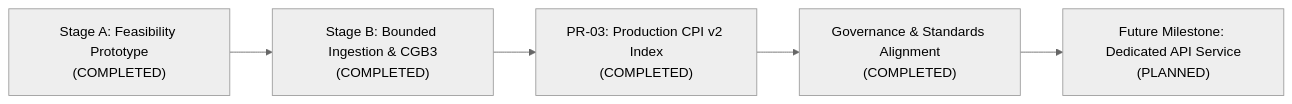
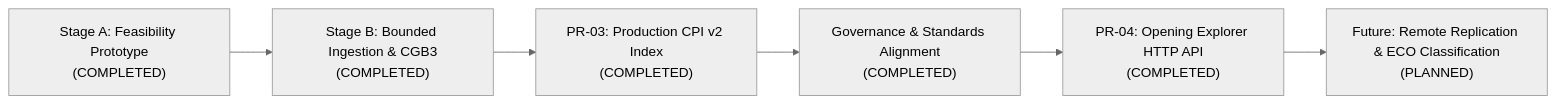
Before and after one commit to Nerver-zip/chess-database-api: the diagram in docs/ROADMAP.md, drawn with Mermaid (neutral theme). The commit also changed other lines of this file and 37 other files, not shown here.

First line of the commit message:
feat(api): Production-Ready Opening Explorer Read-Only HTTP API Service (PR-04) (#5)

````diff
--- a/docs/ROADMAP.md
+++ b/docs/ROADMAP.md
@@ -15,7 +15,8 @@
 ```mermaid
 flowchart LR
     M1["Stage A: Feasibility Prototype<br/>(COMPLETED)"] --> M2["Stage B: Bounded Ingestion & CGB3<br/>(COMPLETED)"]
     M2 --> M3["PR-03: Production CPI v2 Index<br/>(COMPLETED)"]
     M3 --> M4["Governance & Standards Alignment<br/>(COMPLETED)"]
-    M4 --> M5["Future Milestone: Dedicated API Service<br/>(PLANNED)"]
+    M4 --> M5["PR-04: Opening Explorer HTTP API<br/>(COMPLETED)"]
+    M5 --> M6["Future: Remote Replication & ECO Classification<br/>(PLANNED)"]
 ```
````
